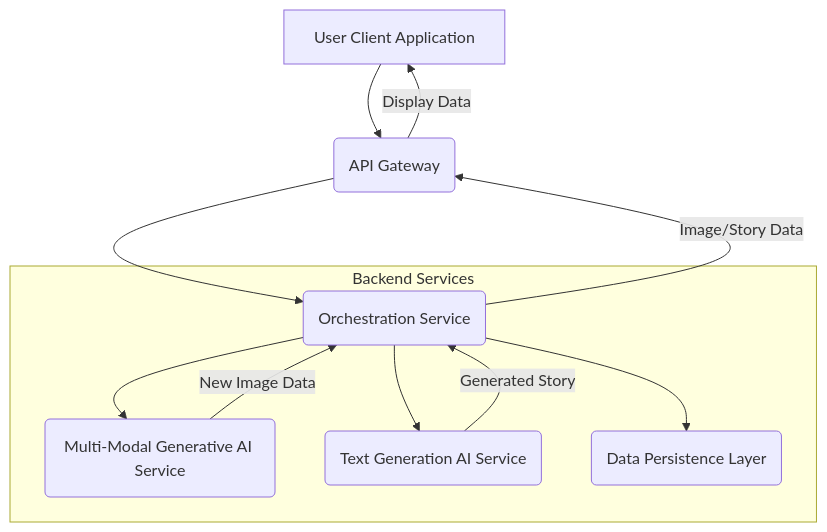
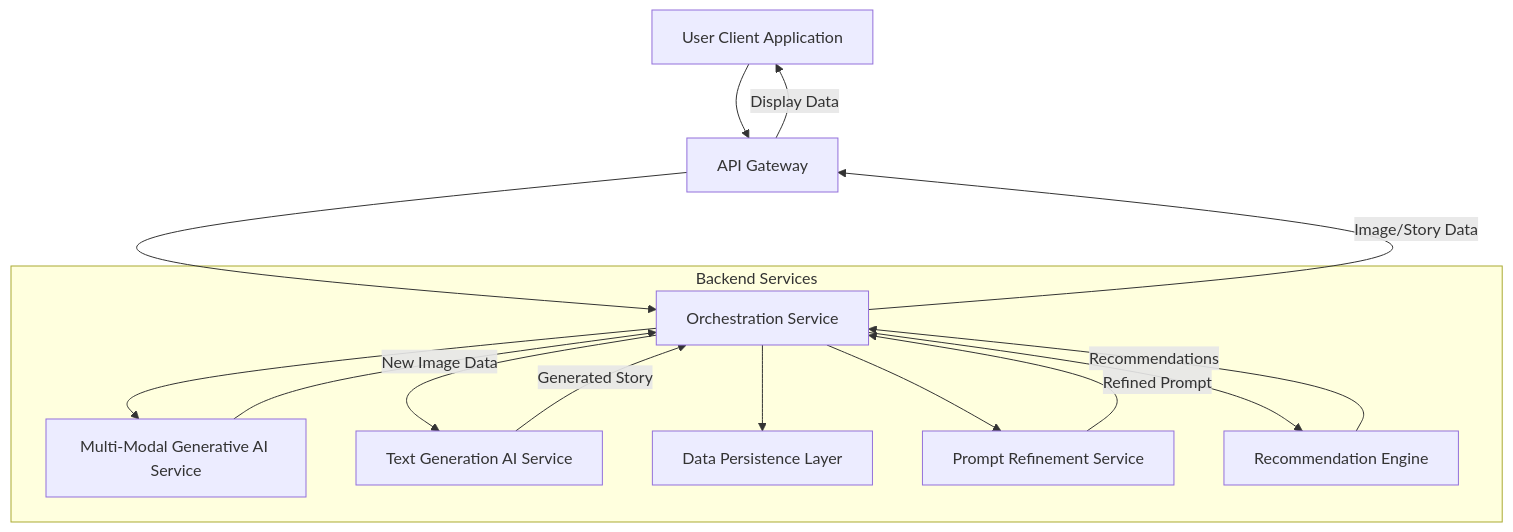
One commit to diplomat-bit/Citibank_Demo_Business_Inc_Demonstration- changed the first of 2 diagrams in inventions/003_narrative_generative_image_editing.md. Above: the diagram before and after it, drawn with Mermaid. The commit also changed other lines of this file, not shown here.

Commit message:
[AI] Edit: inventions/003_narrative_generative_image_editing.md

````diff
--- a/inventions/003_narrative_generative_image_editing.md
+++ b/inventions/003_narrative_generative_image_editing.md
@@ -25,19 +27,25 @@
 ```mermaid
 graph TD
-    A[User Client Application] --> B(API Gateway)
-    B --> C(Orchestration Service)
-    C --> D(Multi-Modal Generative AI Service)
-    C --> E(Text Generation AI Service)
-    C --> F(Data Persistence Layer)
+    A[User Client Application] --> B[API Gateway]
+    B --> C[Orchestration Service]
+    C --> D[Multi-Modal Generative AI Service]
+    C --> E[Text Generation AI Service]
+    C --> F[Data Persistence Layer]
+    C --> G[Prompt Refinement Service]
+    C --> H[Recommendation Engine]
     D -- New Image Data --> C
     E -- Generated Story --> C
+    G -- Refined Prompt --> C
+    H -- Recommendations --> C
     C -- Image/Story Data --> B
     B -- Display Data --> A
 
     subgraph Backend Services
         C
         D
         E
         F
+        G
+        H
     end
 ```
````
